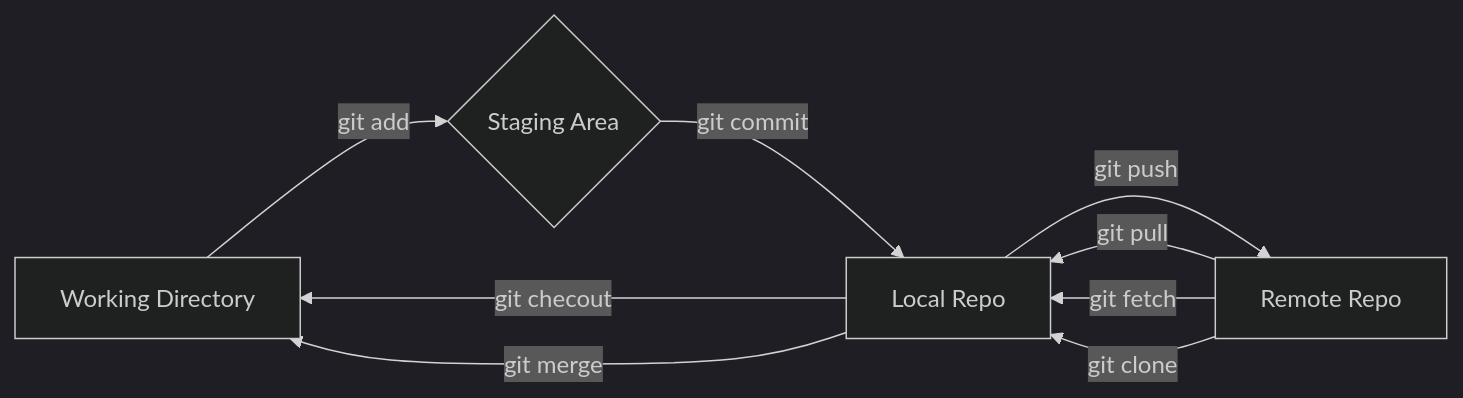
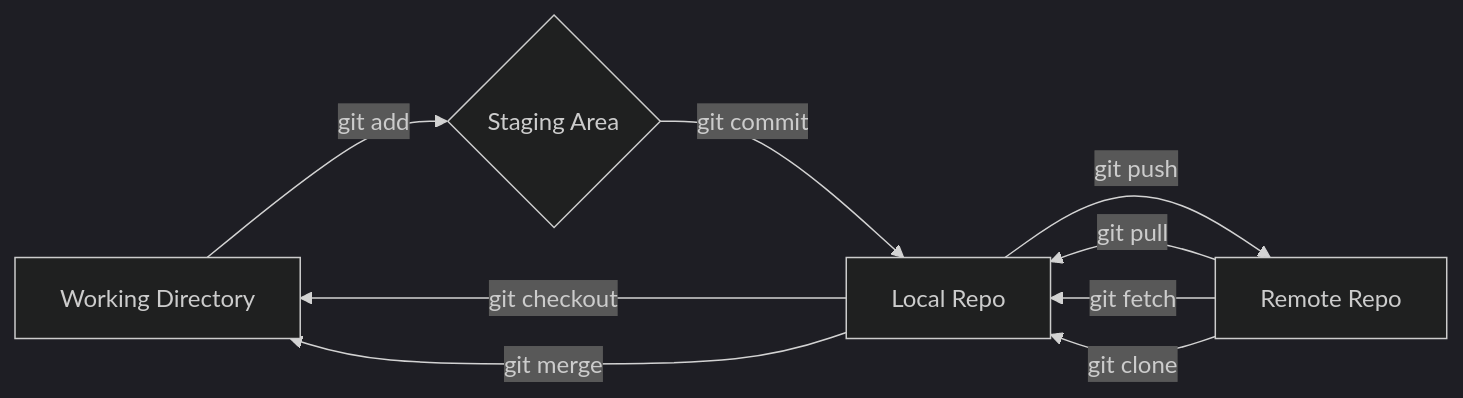
One commit to serkanMzlm/EngineeringHub changed the first of 4 diagrams in tech_notebook/docs/md/devops/git.md. Above: the diagram before and after it, drawn with Mermaid (dark theme). The commit also changed other lines of this file and 464 other files, not shown here.

````diff
--- a/tech_notebook/docs/md/devops/git.md
+++ b/tech_notebook/docs/md/devops/git.md
@@ -3,11 +3,11 @@
 ```mermaid
 graph LR
-  A[Working Directory] -->|git add| B{Staging Area};
-  B -->|git commit| C[Local Repo];
-  C --> |git push| D[Remote Repo];
-  D --> |git pull| C;
-  D --> |git fetch| C;
-  D --> |git clone| C;
-  C -->|git checout| A;
-  C -->|git merge| A;
+    WD[Working Directory] -->|git add| SA{Staging Area}
+    SA -->|git commit| LR[Local Repo]
+    LR -->|git push| RR[Remote Repo]
+    RR -->|git pull| LR
+    RR -->|git fetch| LR
+    RR -->|git clone| LR
+    LR -->|git checkout| WD
+    LR -->|git merge| WD
 ```
````
